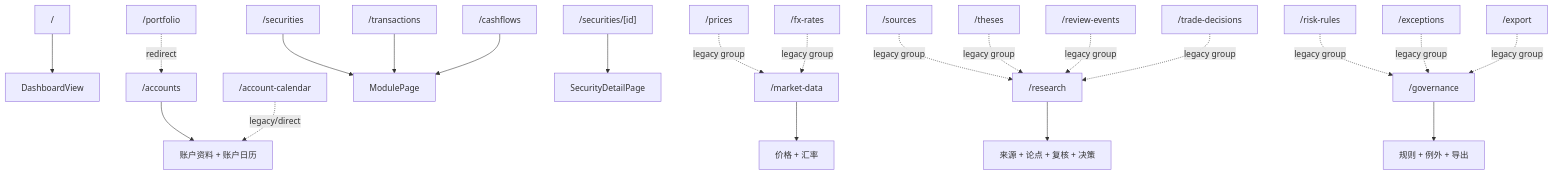
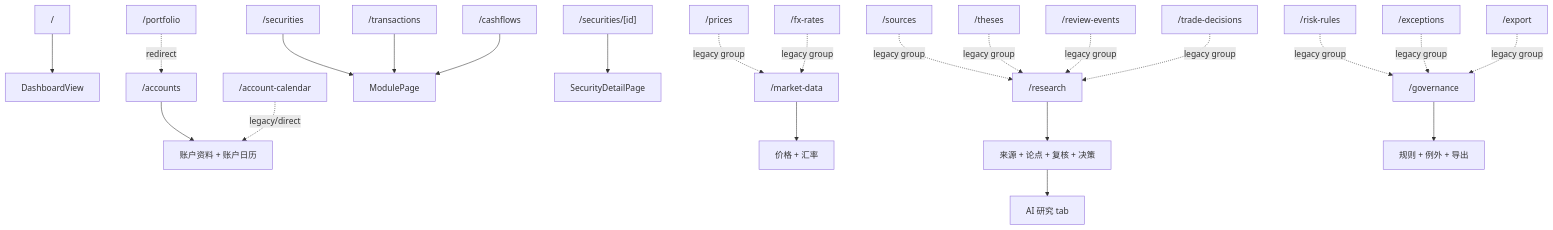
One commit to wongziu/Personal-Financial-Tools changed the sixth of 8 diagrams in docs/function-knowledge-graph.md. Above: the diagram before and after it, drawn with Mermaid. The commit also changed other lines of this file and 16 other files, not shown here.

````diff
--- a/docs/function-knowledge-graph.md
+++ b/docs/function-knowledge-graph.md
@@ -191,27 +200,28 @@
 ```mermaid
 flowchart TB
   Root["/"] --> Dashboard["DashboardView"]
   Accounts["/accounts"] --> AccountsWorkspace["账户资料 + 账户日历"]
   Portfolio["/portfolio"] -.->|redirect| Accounts
   AccountCalendar["/account-calendar"] -.->|legacy/direct| AccountsWorkspace
 
   SecuritiesRoute["/securities"] --> ModulePage["ModulePage"]
   SecurityDetail["/securities/[id]"] --> SecurityDetailPage["SecurityDetailPage"]
   TransactionsRoute["/transactions"] --> ModulePage
   CashflowsRoute["/cashflows"] --> ModulePage
 
   Market["/market-data"] --> MarketWorkspace["价格 + 汇率"]
   PricesRoute["/prices"] -.->|legacy group| Market
   FxRoute["/fx-rates"] -.->|legacy group| Market
 
   Research["/research"] --> ResearchWorkspace["来源 + 论点 + 复核 + 决策"]
   SourcesRoute["/sources"] -.->|legacy group| Research
   ThesesRoute["/theses"] -.->|legacy group| Research
   EventsRoute["/review-events"] -.->|legacy group| Research
   DecisionsRoute["/trade-decisions"] -.->|legacy group| Research
+  ResearchWorkspace --> ResearchAiTab["AI 研究 tab"]
 
   Governance["/governance"] --> GovernanceWorkspace["规则 + 例外 + 导出"]
   RiskRoute["/risk-rules"] -.->|legacy group| Governance
   ExceptionsRoute["/exceptions"] -.->|legacy group| Governance
   ExportRoute["/export"] -.->|legacy group| Governance
 ```
````
